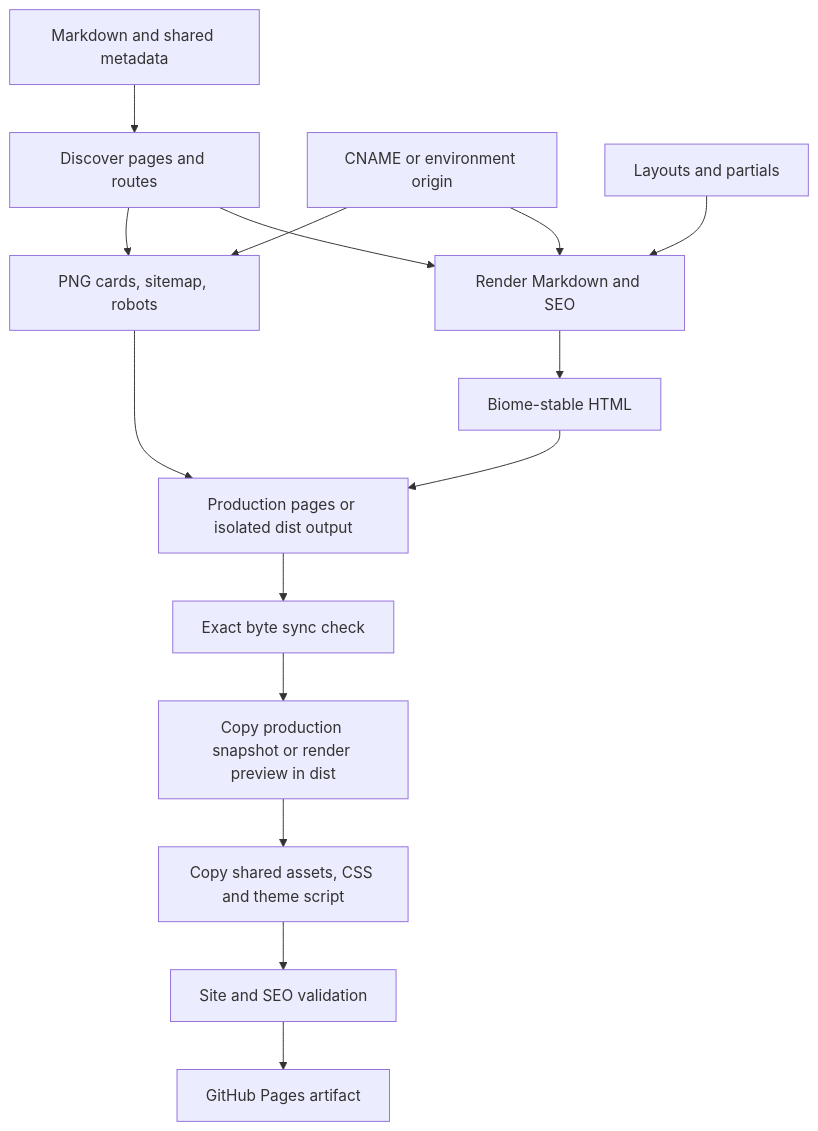
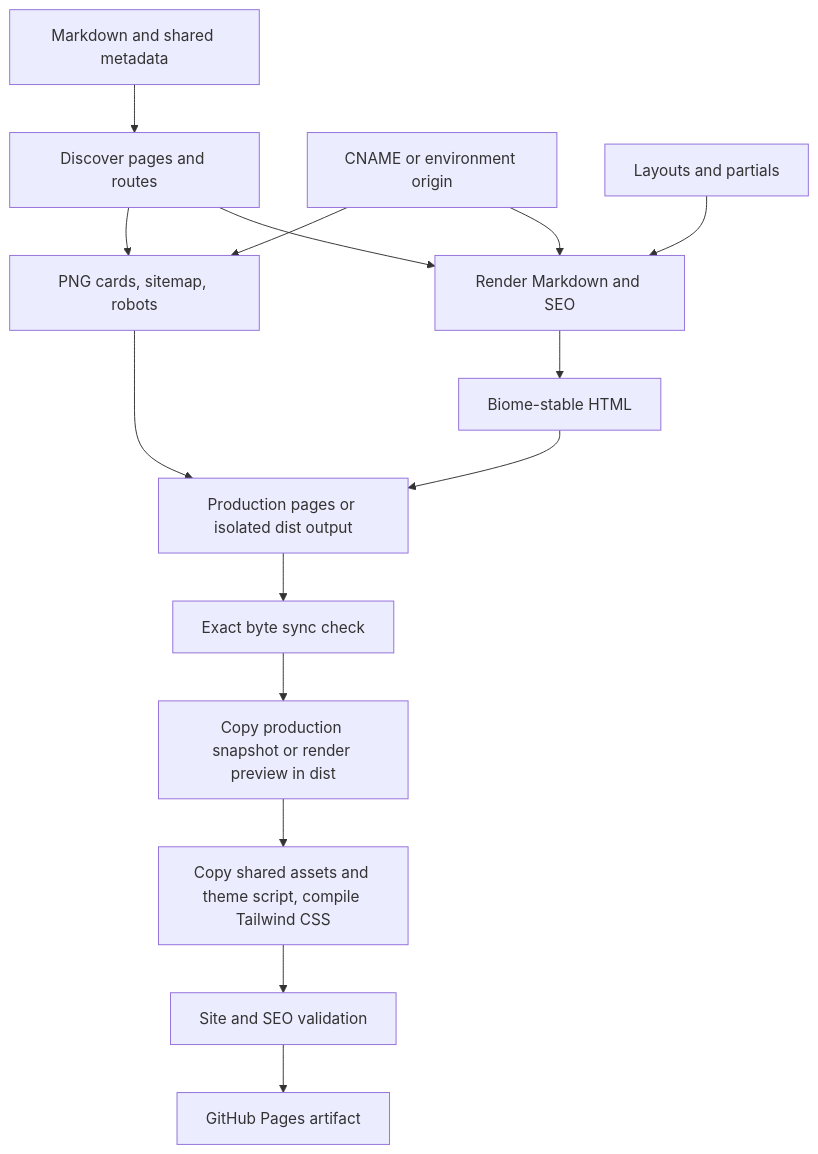
One commit to pulkitxm/pulkit.page changed the diagram in docs/rendering-flow.md. Above: the diagram before and after it, drawn with Mermaid. The commit also changed other lines of this file and 91 other files, not shown here.

Commit message:
Move styling to Tailwind CSS compiled at build time (#5)

````diff
--- a/docs/rendering-flow.md
+++ b/docs/rendering-flow.md
@@ -7,17 +7,17 @@
 ```mermaid
 flowchart TD
   A[Markdown and shared metadata] --> B[Discover pages and routes]
   O[CNAME or environment origin] --> C[Render Markdown and SEO]
   B --> C
   L[Layouts and partials] --> C
   C --> D[Biome-stable HTML]
   B --> E[PNG cards, sitemap, robots]
   O --> E
   D --> F[Production pages or isolated dist output]
   E --> F
   F --> G[Exact byte sync check]
   G --> H[Copy production snapshot or render preview in dist]
-  H --> I[Copy shared assets, CSS and theme script]
+  H --> I[Copy shared assets and theme script, compile Tailwind CSS]
   I --> J[Site and SEO validation]
   J --> K[GitHub Pages artifact]
 ```
````
